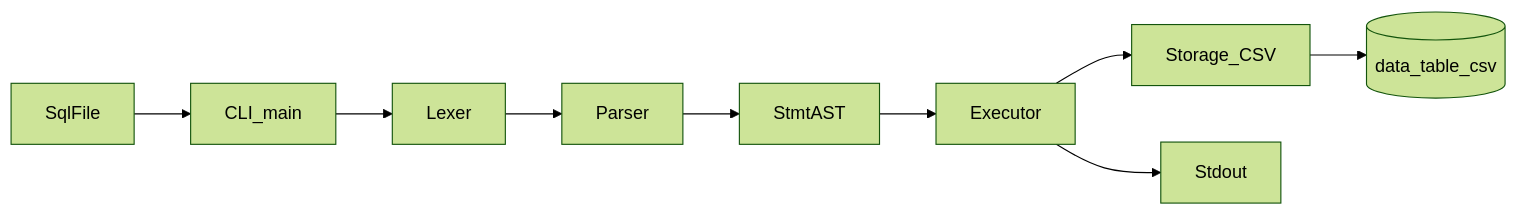
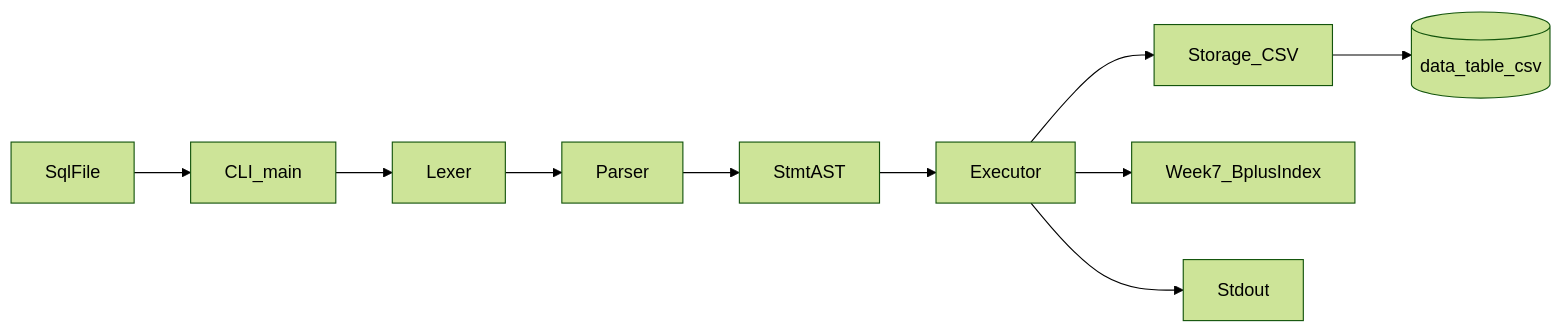
Before and after one commit to tail1887/sql_parsor: the first of 3 diagrams in docs/02-architecture.md, drawn with Mermaid (forest theme). The commit also changed other lines of this file and 46 other files, not shown here.

````diff
--- a/docs/02-architecture.md
+++ b/docs/02-architecture.md
@@ -16,11 +18,12 @@
 ```mermaid
 flowchart LR
     SqlFile[SqlFile] --> CLI[CLI_main]
     CLI --> Lexer[Lexer]
     Lexer --> Parser[Parser]
     Parser --> AST[StmtAST]
     AST --> Exec[Executor]
     Exec --> Store[Storage_CSV]
     Store --> FS[(data_table_csv)]
+    Exec --> Idx[Week7_BplusIndex]
     Exec --> Out[Stdout]
 ```
````
